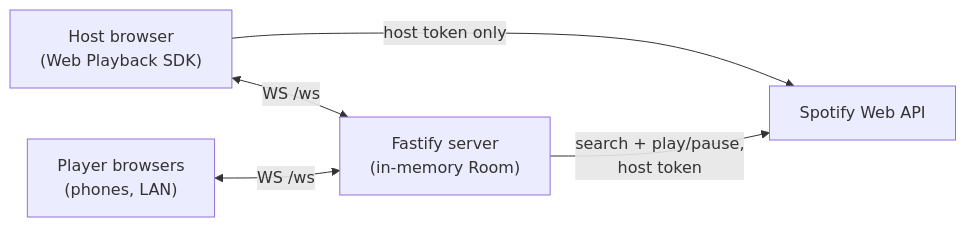
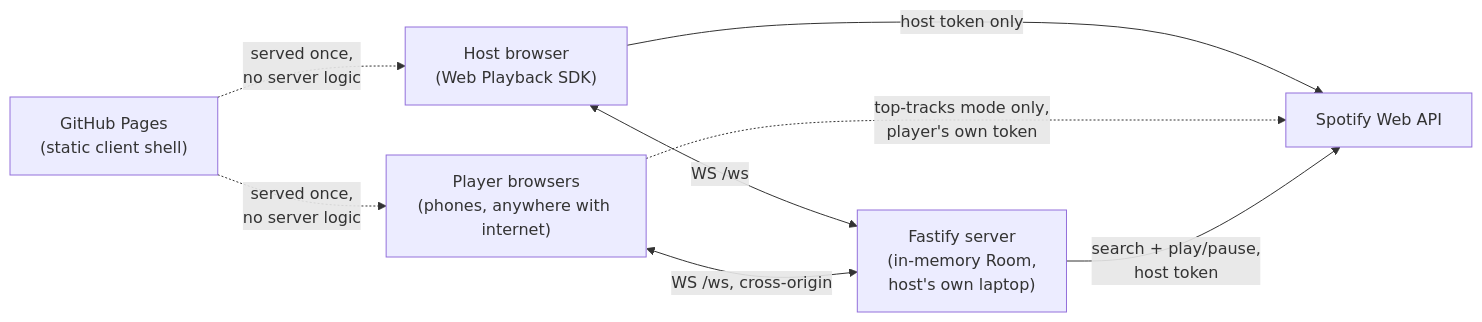
Before and after one commit to vdwolde/Song-Snitch: the diagram in .claude/ARCHITECTURE.md, drawn with Mermaid. The commit also changed other lines of this file and 29 other files, not shown here.

````diff
--- a/.claude/ARCHITECTURE.md
+++ b/.claude/ARCHITECTURE.md
@@ -15,7 +19,10 @@
 ```mermaid
 graph LR
-    H["Host browser<br/>(Web Playback SDK)"] <-->|"WS /ws"| S["Fastify server<br/>(in-memory Room)"]
-    P["Player browsers<br/>(phones, LAN)"] <-->|"WS /ws"| S
+    GP["GitHub Pages<br/>(static client shell)"] -.->|"served once,<br/>no server logic"| H
+    GP -.->|"served once,<br/>no server logic"| P
+    H["Host browser<br/>(Web Playback SDK)"] <-->|"WS /ws"| S["Fastify server<br/>(in-memory Room,<br/>host's own laptop)"]
+    P["Player browsers<br/>(phones, anywhere with internet)"] <-->|"WS /ws, cross-origin"| S
     H -->|"host token only"| SP["Spotify Web API"]
+    P -.->|"top-tracks mode only,<br/>player's own token"| SP
     S -->|"search + play/pause,<br/>host token"| SP
 ```
````
